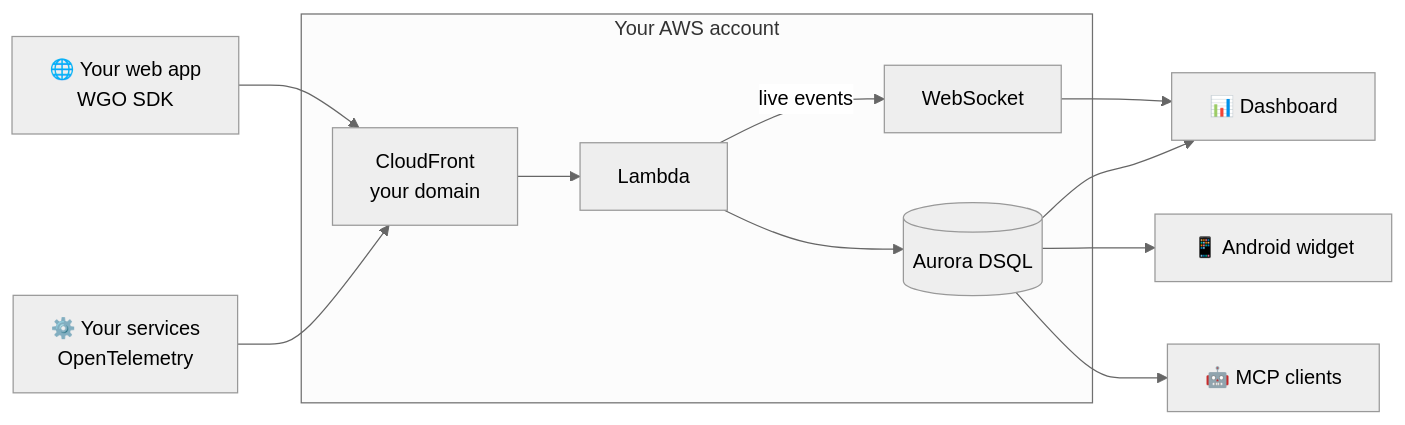
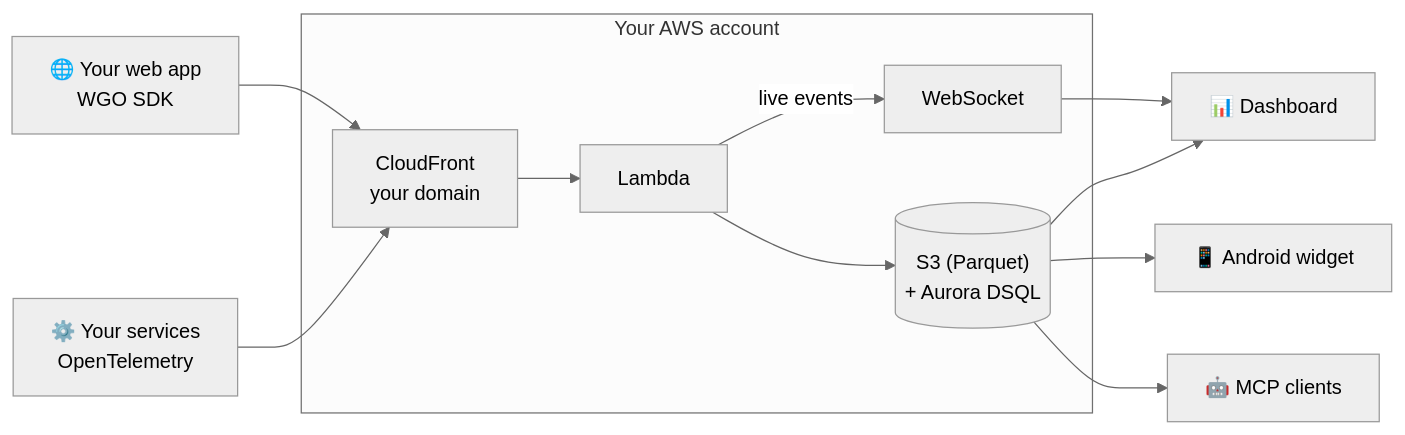
Before and after one commit to Sewen/wgo-analytics: the diagram in FEATURES.md, drawn with Mermaid (neutral theme). The commit also changed other lines of this file and 48 other files, not shown here.

````diff
--- a/FEATURES.md
+++ b/FEATURES.md
@@ -156,18 +156,18 @@
 ```mermaid
 flowchart LR
   B["🌐 Your web app<br/>WGO SDK"] --> CF["CloudFront<br/>your domain"]
   S["⚙️ Your services<br/>OpenTelemetry"] --> CF
   CF --> L["Lambda"]
-  L --> D[("Aurora DSQL")]
+  L --> D[("S3 (Parquet)<br/>+ Aurora DSQL")]
   L -- live events --> W["WebSocket"]
   W --> UI["📊 Dashboard"]
   D --> UI
   D --> P["📱 Android widget"]
   D --> M["🤖 MCP clients"]
   subgraph AWS["Your AWS account"]
     CF
     L
     D
     W
   end
 ```
````
